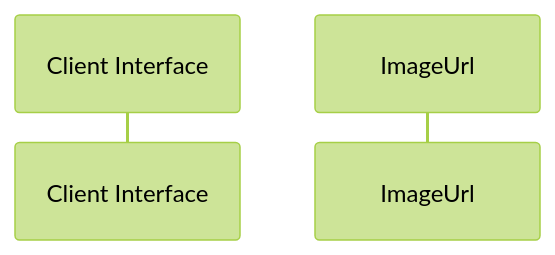
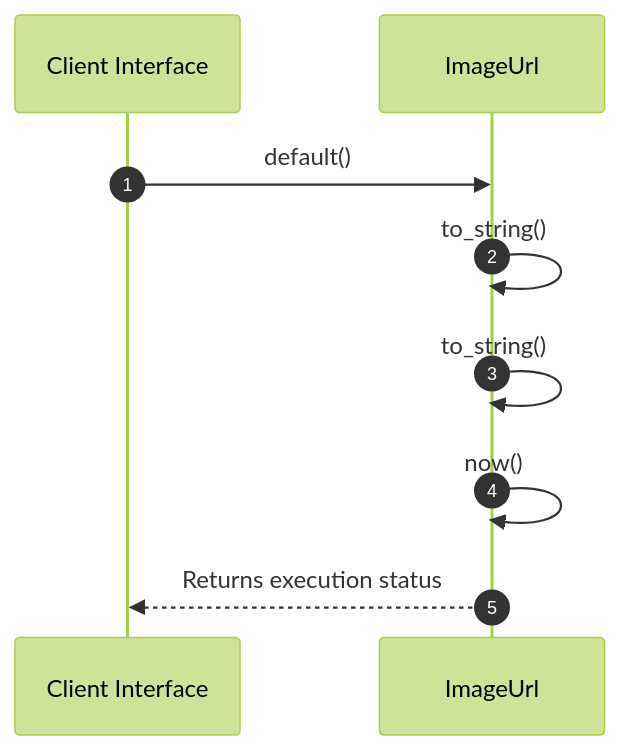
Before and after one commit to lgcorzo/fastapi-autogen-team: the second of 2 diagrams in openwiki/src/application/dtos.md, drawn with Mermaid (forest theme). The commit also changed other lines of this file and 22 other files, not shown here.

````diff
--- a/openwiki/src/application/dtos.md
+++ b/openwiki/src/application/dtos.md
@@ -86,6 +100,11 @@
 ```mermaid
 sequenceDiagram
     autonumber
     participant Caller as Client Interface
     participant Svc as ImageUrl
+    Caller->>Svc: default()
+    Svc->>Svc: to_string()
+    Svc->>Svc: to_string()
+    Svc->>Svc: now()
+    Svc-->>Caller: Returns execution status
 ```
````
